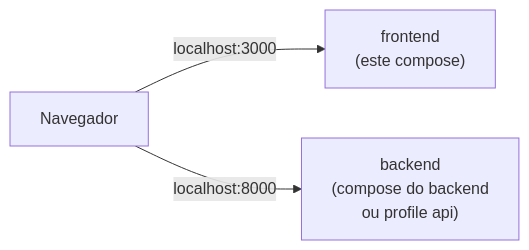
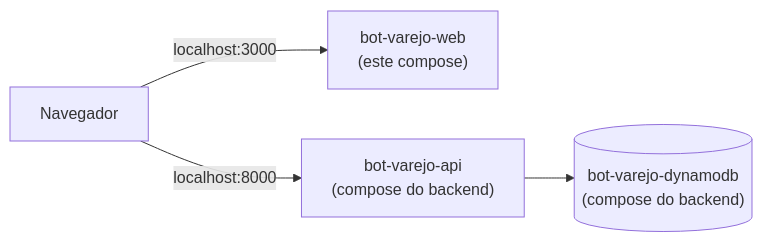
The second of 3 diagrams in frontend/docs/10-docker-deploy.md (oseasmoreto/bot-chat), drawn with Mermaid before and after one commit. The commit also changed other lines of this file and 26 other files, not shown here.

````diff
--- a/frontend/docs/10-docker-deploy.md
+++ b/frontend/docs/10-docker-deploy.md
@@ -134,5 +138,6 @@
 ```mermaid
 flowchart LR
-    b["Navegador"] -->|"localhost:3000"| f["frontend<br/>(este compose)"]
-    b -->|"localhost:8000"| a["backend<br/>(compose do backend<br/>ou profile api)"]
+    b["Navegador"] -->|"localhost:3000"| f["bot-varejo-web<br/>(este compose)"]
+    b -->|"localhost:8000"| a["bot-varejo-api<br/>(compose do backend)"]
+    a --> d[("bot-varejo-dynamodb<br/>(compose do backend)")]
 ```
````
